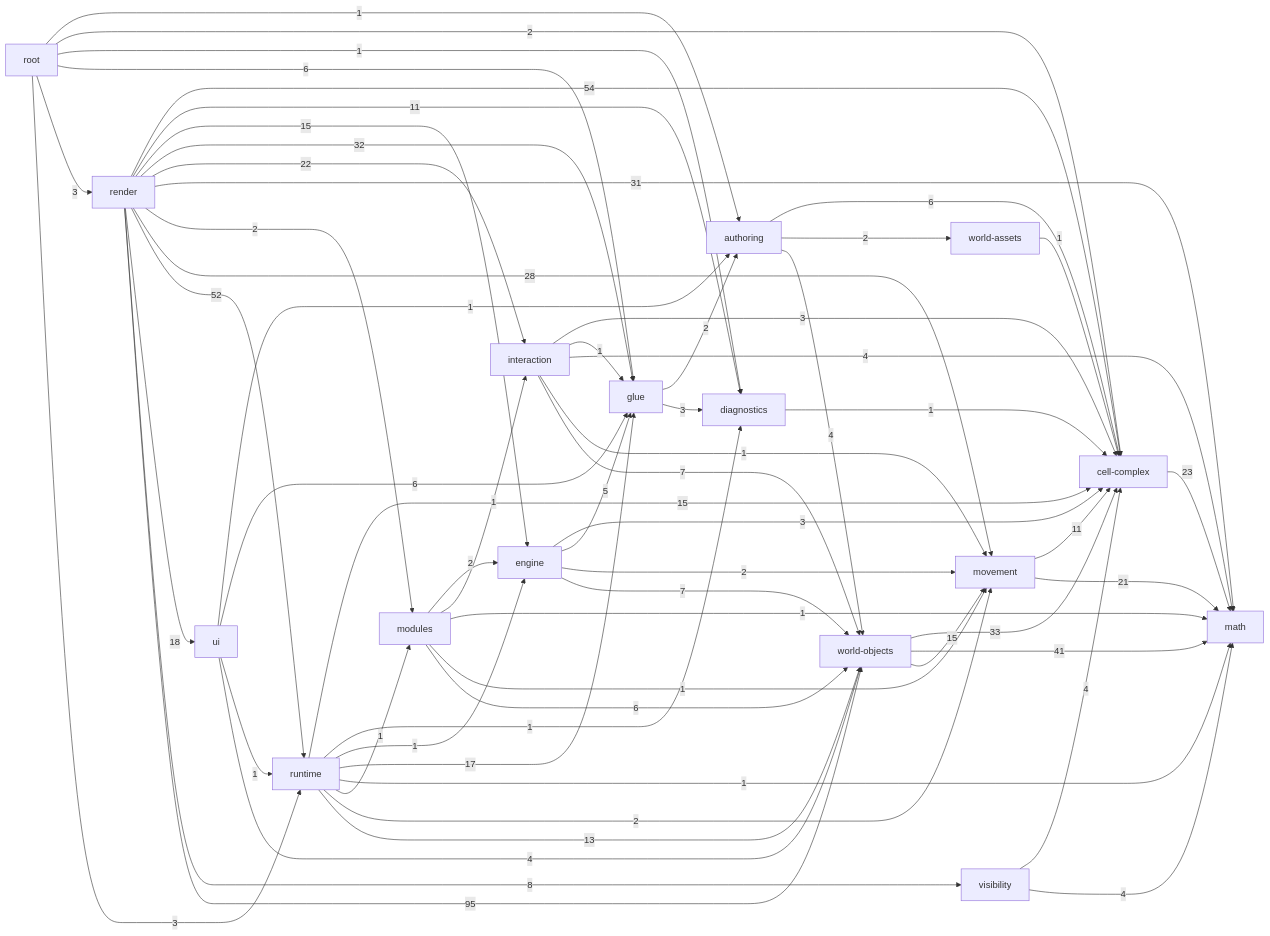
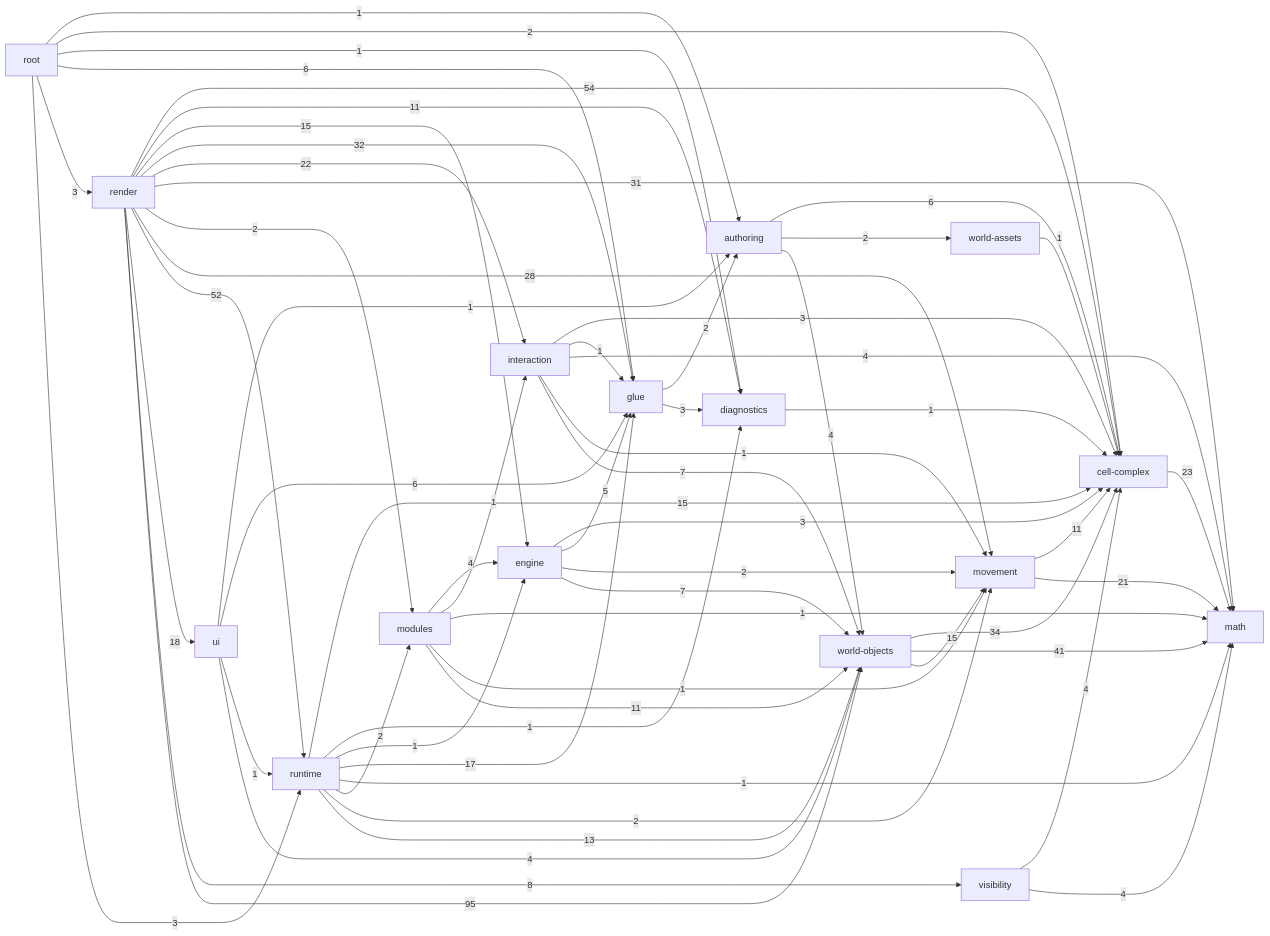
Before and after one commit to guraltsev/noneuclid-fpv: the diagram in _docs/generated/ARCHITECTURE_REFERENCE.md, drawn with Mermaid. The commit also changed other lines of this file and 69 other files, not shown here.

````diff
--- a/_docs/generated/ARCHITECTURE_REFERENCE.md
+++ b/_docs/generated/ARCHITECTURE_REFERENCE.md
@@ -37,78 +37,78 @@
 ```mermaid
 flowchart LR
   math["math"]
   cell_complex["cell-complex"]
   diagnostics["diagnostics"]
   visibility["visibility"]
   movement["movement"]
   world_assets["world-assets"]
   world_objects["world-objects"]
   authoring["authoring"]
   glue["glue"]
   interaction["interaction"]
   engine["engine"]
   modules["modules"]
   runtime["runtime"]
   ui["ui"]
   render["render"]
   root["root"]
   authoring -->|6| cell_complex
   authoring -->|2| world_assets
   authoring -->|4| world_objects
   cell_complex -->|23| math
   diagnostics -->|1| cell_complex
   engine -->|3| cell_complex
   engine -->|5| glue
   engine -->|2| movement
   engine -->|7| world_objects
   glue -->|2| authoring
   glue -->|3| diagnostics
   interaction -->|3| cell_complex
   interaction -->|1| glue
   interaction -->|4| math
   interaction -->|1| movement
   interaction -->|7| world_objects
-  modules -->|2| engine
+  modules -->|4| engine
   modules -->|1| interaction
   modules -->|1| math
   modules -->|1| movement
-  modules -->|6| world_objects
+  modules -->|11| world_objects
   movement -->|11| cell_complex
   movement -->|21| math
   render -->|54| cell_complex
   render -->|11| diagnostics
   render -->|15| engine
   render -->|32| glue
   render -->|22| interaction
   render -->|31| math
   render -->|2| modules
   render -->|28| movement
   render -->|52| runtime
   render -->|18| ui
   render -->|8| visibility
   render -->|95| world_objects
   root -->|1| authoring
   root -->|2| cell_complex
   root -->|1| diagnostics
   root -->|6| glue
   root -->|3| render
   root -->|3| runtime
   runtime -->|15| cell_complex
   runtime -->|1| diagnostics
   runtime -->|1| engine
   runtime -->|17| glue
   runtime -->|1| math
-  runtime -->|1| modules
+  runtime -->|2| modules
   runtime -->|2| movement
   runtime -->|13| world_objects
   ui -->|1| authoring
   ui -->|6| glue
   ui -->|1| runtime
   ui -->|4| world_objects
   visibility -->|4| cell_complex
   visibility -->|4| math
   world_assets -->|1| cell_complex
-  world_objects -->|33| cell_complex
+  world_objects -->|34| cell_complex
   world_objects -->|41| math
   world_objects -->|15| movement
 ```
````
